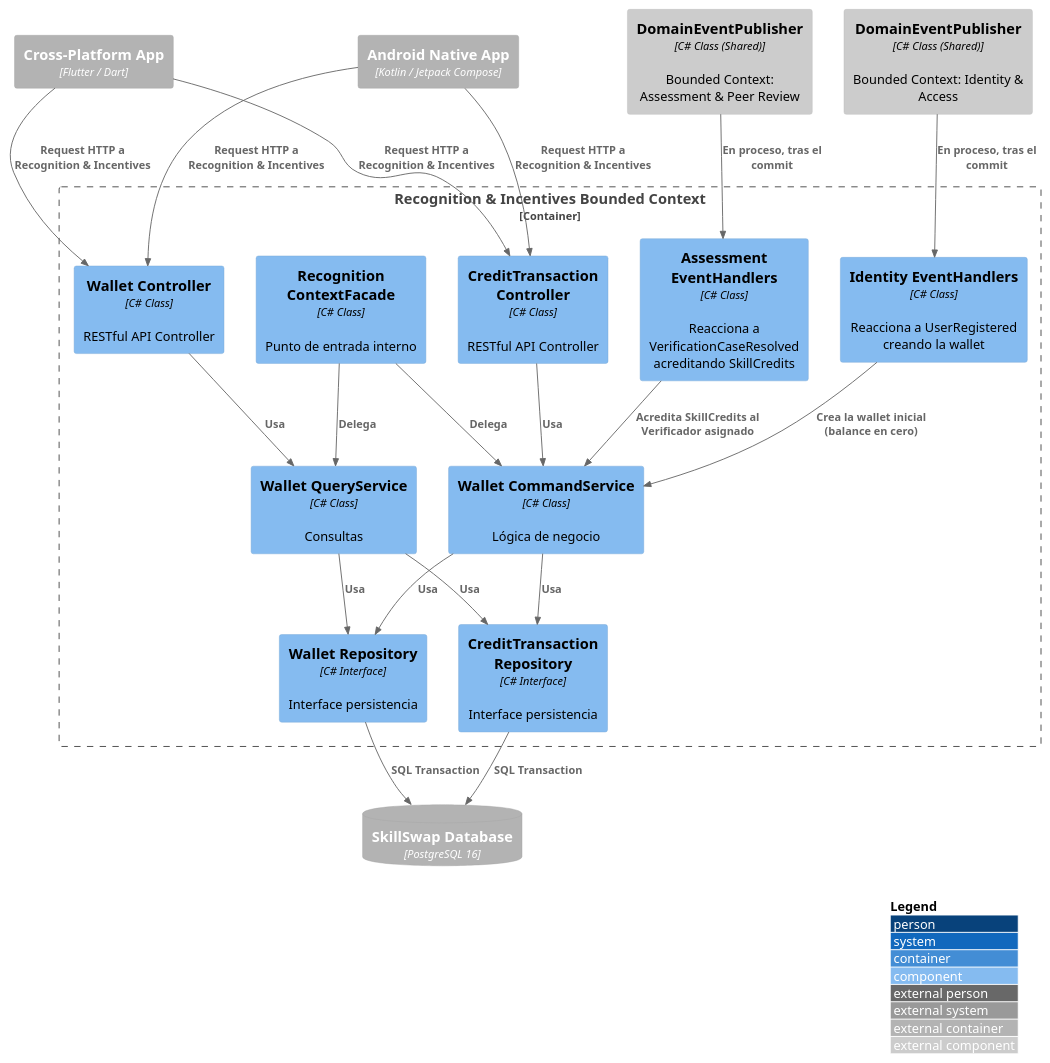
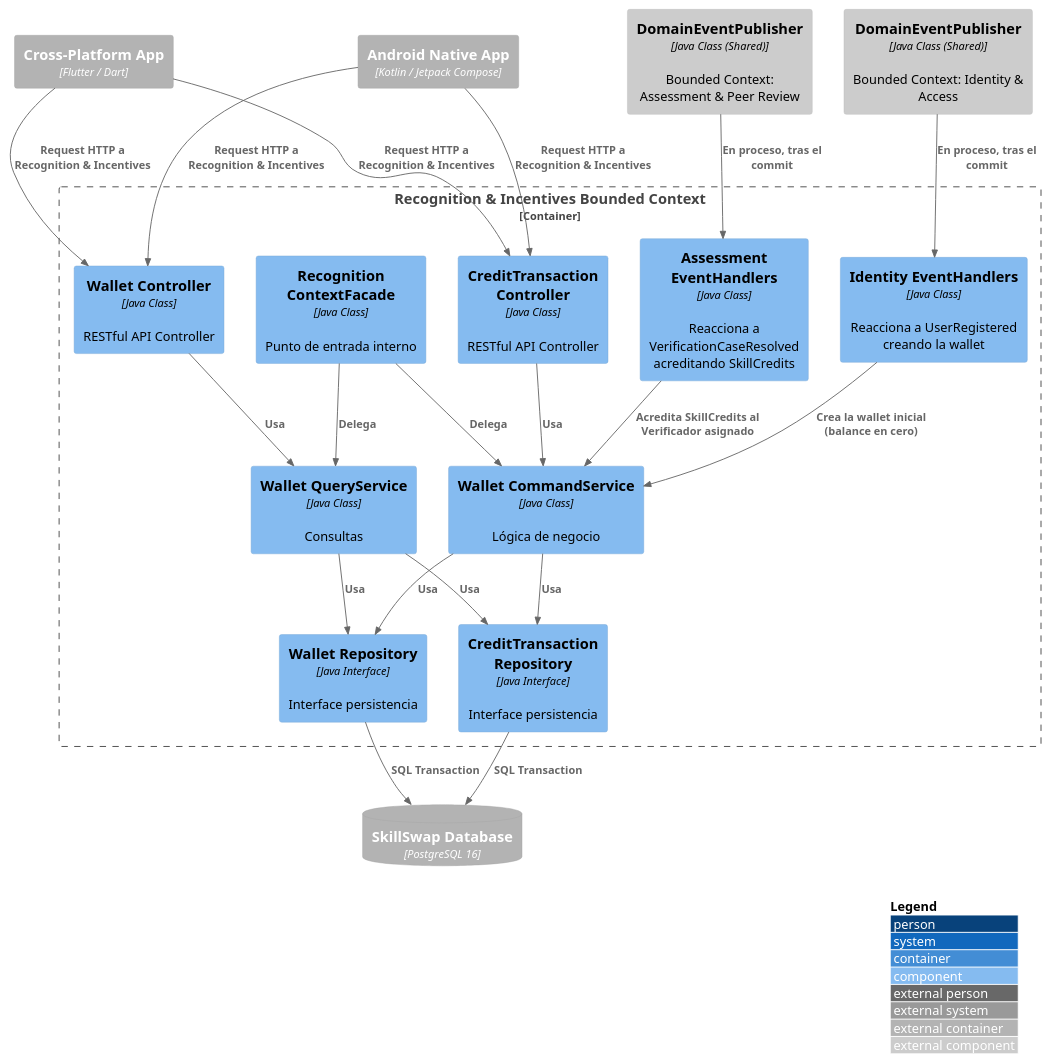
One commit to Aplicaciones-Dispositivos-Moviles/SkillSwap-ProjectReport changed the diagram in DB&C4/Component Diagram — Payments & Wallet.puml. Above: the diagram before and after it, drawn with PlantUML. The commit also changed 32 other files, not shown here.

First line of the commit message:
docs(images): regenerate C4, context map and class diagrams from updated PlantUML sources

```diff
--- a/DB&C4/Component Diagram — Payments & Wallet.puml
+++ b/DB&C4/Component Diagram — Payments & Wallet.puml
@@ -1,49 +1,49 @@
 @startuml RecognitionIncentivesComponent
 !include https://raw.githubusercontent.com/plantuml-stdlib/C4-PlantUML/master/C4_Component.puml
 
 LAYOUT_WITH_LEGEND()
 
 Container_Ext(androidApp, "Android Native App", "Kotlin / Jetpack Compose")
 Container_Ext(flutterApp, "Cross-Platform App", "Flutter / Dart")
 ContainerDb_Ext(mainDB, "SkillSwap Database", "PostgreSQL 16")
 
 Container_Boundary(recognitionBC, "Recognition & Incentives Bounded Context") {
-    Component(walletController, "Wallet Controller", "C# Class", "RESTful API Controller")
-    Component(creditTransactionController, "CreditTransaction Controller", "C# Class", "RESTful API Controller")
-    Component(walletCommandService, "Wallet CommandService", "C# Class", "Lógica de negocio")
-    Component(walletQueryService, "Wallet QueryService", "C# Class", "Consultas")
-    Component(identityEventHandlers, "Identity EventHandlers", "C# Class", "Reacciona a UserRegistered creando la wallet")
-    Component(assessmentEventHandlers, "Assessment EventHandlers", "C# Class", "Reacciona a VerificationCaseResolved acreditando SkillCredits")
-    Component(walletRepository, "Wallet Repository", "C# Interface", "Interface persistencia")
-    Component(creditTransactionRepository, "CreditTransaction Repository", "C# Interface", "Interface persistencia")
-    Component(recognitionContextFacade, "Recognition ContextFacade", "C# Class", "Punto de entrada interno")
+    Component(walletController, "Wallet Controller", "Java Class", "RESTful API Controller")
+    Component(creditTransactionController, "CreditTransaction Controller", "Java Class", "RESTful API Controller")
+    Component(walletCommandService, "Wallet CommandService", "Java Class", "Lógica de negocio")
+    Component(walletQueryService, "Wallet QueryService", "Java Class", "Consultas")
+    Component(identityEventHandlers, "Identity EventHandlers", "Java Class", "Reacciona a UserRegistered creando la wallet")
+    Component(assessmentEventHandlers, "Assessment EventHandlers", "Java Class", "Reacciona a VerificationCaseResolved acreditando SkillCredits")
+    Component(walletRepository, "Wallet Repository", "Java Interface", "Interface persistencia")
+    Component(creditTransactionRepository, "CreditTransaction Repository", "Java Interface", "Interface persistencia")
+    Component(recognitionContextFacade, "Recognition ContextFacade", "Java Class", "Punto de entrada interno")
 }
 
-Component_Ext(identityDomainEventPublisher, "DomainEventPublisher", "C# Class (Shared)", "Bounded Context: Identity & Access")
-Component_Ext(assessmentDomainEventPublisher, "DomainEventPublisher", "C# Class (Shared)", "Bounded Context: Assessment & Peer Review")
+Component_Ext(identityDomainEventPublisher, "DomainEventPublisher", "Java Class (Shared)", "Bounded Context: Identity & Access")
+Component_Ext(assessmentDomainEventPublisher, "DomainEventPublisher", "Java Class (Shared)", "Bounded Context: Assessment & Peer Review")
 
 Rel(androidApp, walletController, "Request HTTP a Recognition & Incentives")
 Rel(flutterApp, walletController, "Request HTTP a Recognition & Incentives")
 Rel(androidApp, creditTransactionController, "Request HTTP a Recognition & Incentives")
 Rel(flutterApp, creditTransactionController, "Request HTTP a Recognition & Incentives")
 
 Rel(walletController, walletQueryService, "Usa")
 Rel(creditTransactionController, walletCommandService, "Usa")
 
 Rel(walletCommandService, walletRepository, "Usa")
 Rel(walletCommandService, creditTransactionRepository, "Usa")
 Rel(walletQueryService, walletRepository, "Usa")
 Rel(walletQueryService, creditTransactionRepository, "Usa")
 Rel(walletRepository, mainDB, "SQL Transaction")
 Rel(creditTransactionRepository, mainDB, "SQL Transaction")
 
 Rel(identityDomainEventPublisher, identityEventHandlers, "En proceso, tras el commit")
 Rel(identityEventHandlers, walletCommandService, "Crea la wallet inicial (balance en cero)")
 
 Rel(assessmentDomainEventPublisher, assessmentEventHandlers, "En proceso, tras el commit")
 Rel(assessmentEventHandlers, walletCommandService, "Acredita SkillCredits al Verificador asignado")
 
 Rel(recognitionContextFacade, walletCommandService, "Delega")
 Rel(recognitionContextFacade, walletQueryService, "Delega")
 
 @enduml
```
